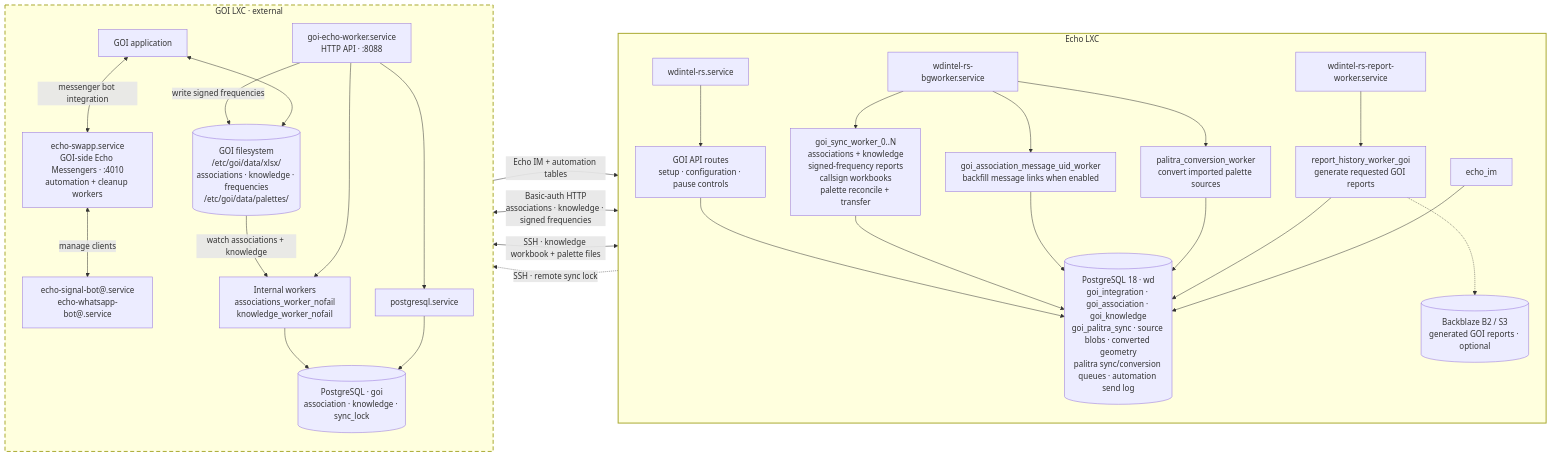
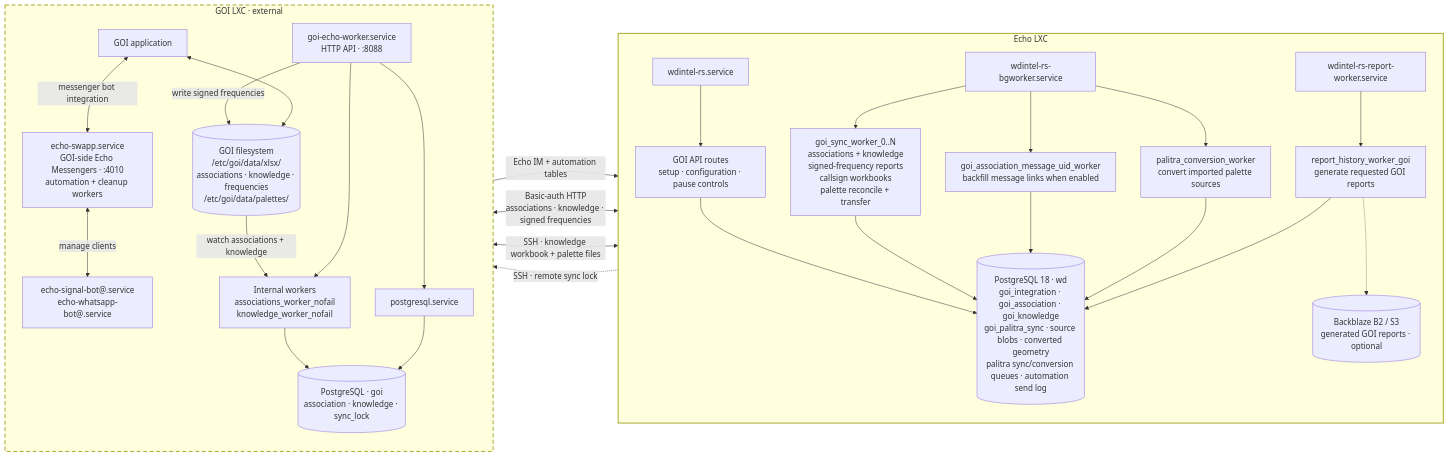
Before and after one commit to murczyk/echo: the fourth of 5 diagrams in docs/README.md, drawn with Mermaid.

Commit message:
Already removed the stale Echo-side messenger edge

````diff
--- a/docs/README.md
+++ b/docs/README.md
@@ -269,61 +269,60 @@
 ```mermaid
 flowchart LR
     subgraph echo_lxc["Echo LXC"]
         direction TB
         api["wdintel-rs.service"]
         bg["wdintel-rs-bgworker.service"]
         reports["wdintel-rs-report-worker.service"]
 
         routes["GOI API routes<br/>setup · configuration · pause controls"]
         sync["goi_sync_worker_0..N<br/>associations + knowledge<br/>signed-frequency reports<br/>callsign workbooks<br/>palette reconcile + transfer"]
         message_uid["goi_association_message_uid_worker<br/>backfill message links when enabled"]
         conversion["palitra_conversion_worker<br/>convert imported palette sources"]
         report["report_history_worker_goi<br/>generate requested GOI reports"]
         echo_pg[("PostgreSQL 18 · wd<br/>goi_integration · goi_association · goi_knowledge<br/>goi_palitra_sync · source blobs · converted geometry<br/>palitra sync/conversion queues · automation send log")]
         report_store[("Backblaze B2 / S3<br/>generated GOI reports · optional")]
 
         api --> routes
         bg --> sync
         bg --> message_uid
         bg --> conversion
         reports --> report
 
         routes --> echo_pg
         sync --> echo_pg
         message_uid --> echo_pg
         conversion --> echo_pg
         report --> echo_pg
         report -.-> report_store
-        echo_im --> echo_pg
     end
 
     subgraph goi_lxc["GOI LXC · external"]
         direction TB
         goi_app["GOI application"]
         goi_worker["goi-echo-worker.service<br/>HTTP API · :8088"]
         echo_swapp["echo-swapp.service<br/>GOI-side Echo Messengers · :4010<br/>automation + cleanup workers"]
         messenger_clients["echo-signal-bot@.service<br/>echo-whatsapp-bot@.service"]
         goi_watchers["Internal workers<br/>associations_worker_nofail<br/>knowledge_worker_nofail"]
         goi_postgres["postgresql.service"]
         goi_pg[("PostgreSQL · goi<br/>association · knowledge · sync_lock")]
         goi_files[("GOI filesystem<br/>/etc/goi/data/xlsx/<br/>associations · knowledge · frequencies<br/>/etc/goi/data/palettes/")]
 
         goi_app <--> goi_files
         goi_app <-->|messenger bot integration| echo_swapp
         echo_swapp <-->|manage clients| messenger_clients
         goi_worker --> goi_watchers
         goi_worker --> goi_postgres
         goi_postgres --> goi_pg
         goi_watchers --> goi_pg
         goi_files -->|watch associations + knowledge| goi_watchers
         goi_worker -->|write signed frequencies| goi_files
     end
 
     sync <-->|Basic-auth HTTP<br/>associations · knowledge · signed frequencies| goi_worker
     sync <-->|SSH · knowledge workbook + palette files| goi_files
     sync -.->|SSH · remote sync lock| goi_pg
     echo_swapp -->|Echo IM + automation tables| echo_pg
 
     style echo_lxc stroke-width:2px
     style goi_lxc stroke-width:2px,stroke-dasharray:8 5
 ```
````
